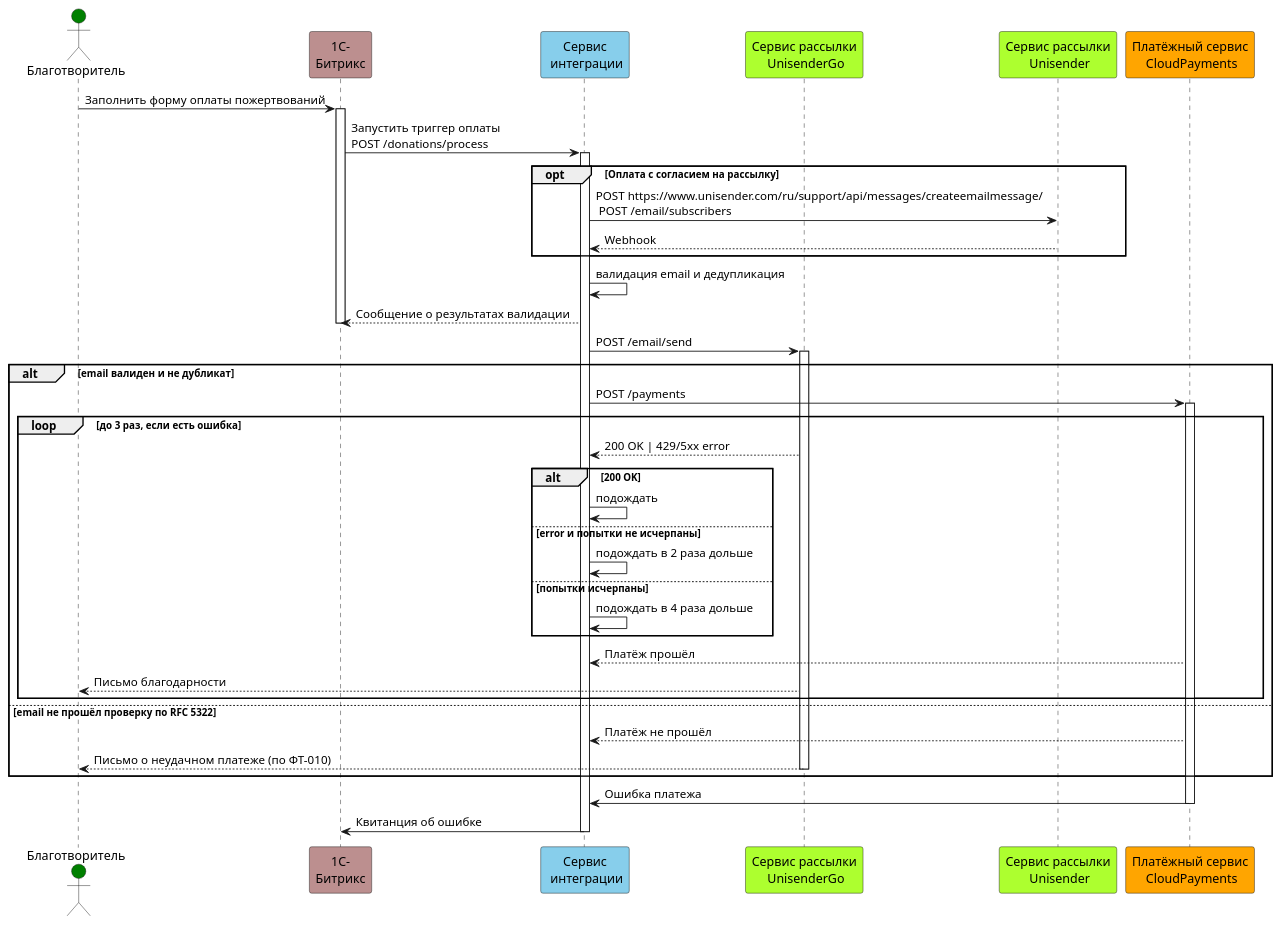
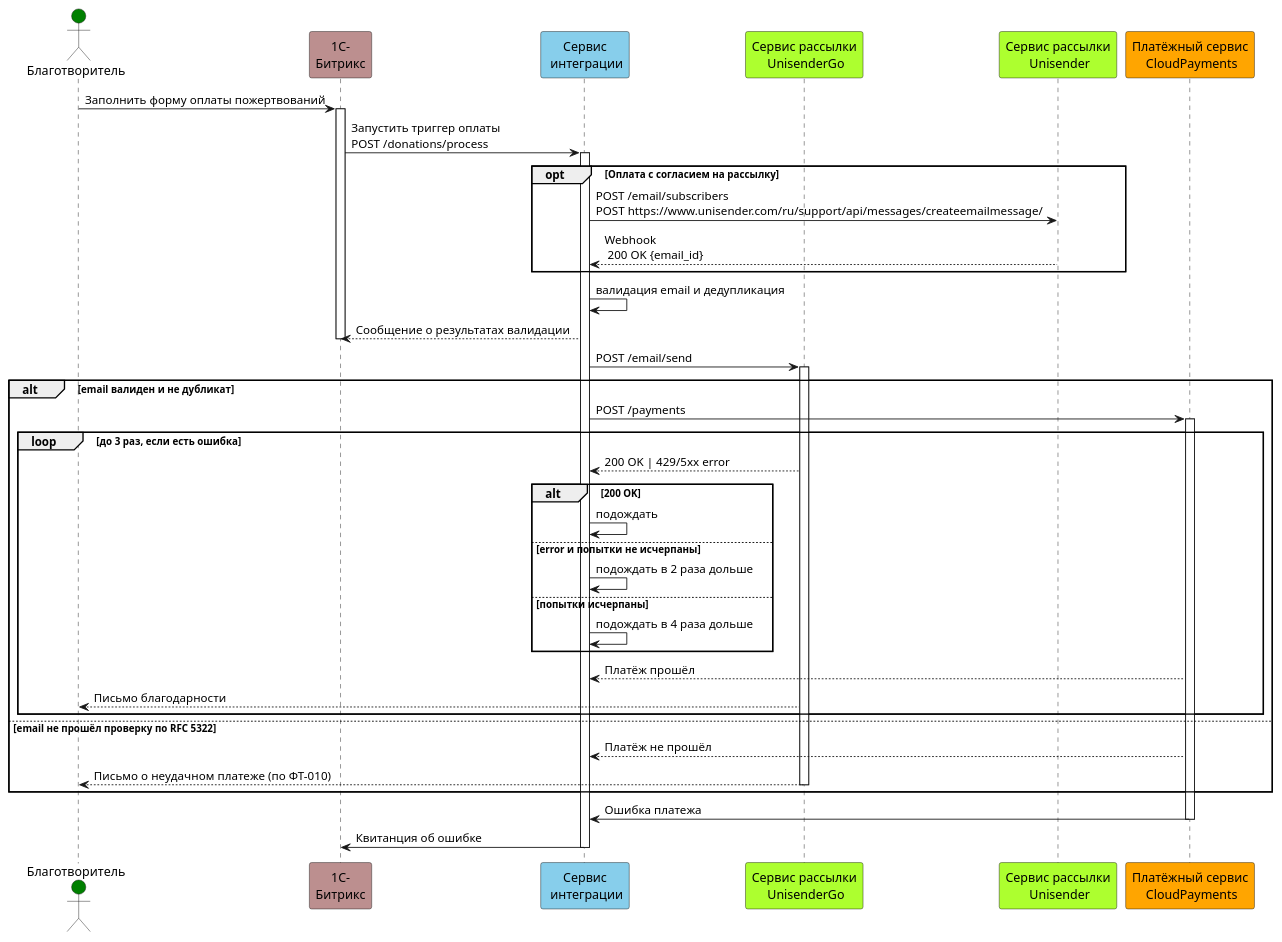
One commit to trofimovelijah/mayak_integration_service changed the diagram in SequenceDiagram/sequenceDiagramDonat.puml. Above: the diagram before and after it, drawn with PlantUML. The commit also changed 6 other files, not shown here.

Commit message:
проставлены API в диаграммах

```diff
--- a/SequenceDiagram/sequenceDiagramDonat.puml
+++ b/SequenceDiagram/sequenceDiagramDonat.puml
@@ -1,52 +1,52 @@
 @startuml Donation
 
 ' Определение участников диаграммы
 actor "Благотворитель" as Donor #Green
 participant "1С-\nБитрикс" as Bitrix #RosyBrown
 participant "Сервис\n интеграции" as IntService #SkyBlue
 participant "Сервис рассылки\n UnisenderGo" as UnisenderGo #GreenYellow
 participant "Сервис рассылки\n Unisender" as Unisender #GreenYellow
 participant "Платёжный сервис\n CloudPayments" as CloudPayments #Orange
 
 ' Описание последовательности сообщений
 Donor -> Bitrix: Заполнить форму оплаты пожертвований
 activate Bitrix
 Bitrix -> IntService: Запустить триггер оплаты\nPOST /donations/process
 activate IntService
     opt Оплата с согласием на рассылку
-        IntService -> Unisender: POST https://www.unisender.com/ru/support/api/messages/createemailmessage/\n POST /email/subscribers
-        Unisender --> IntService: Webhook
+        IntService -> Unisender: POST /email/subscribers\nPOST https://www.unisender.com/ru/support/api/messages/createemailmessage/
+        Unisender --> IntService: Webhook\n 200 OK {email_id}
     end
 IntService -> IntService: валидация email и дедупликация
 IntService --> Bitrix: Сообщение о результатах валидации
 deactivate Bitrix
 IntService -> UnisenderGo: POST /email/send
 activate UnisenderGo
 
 alt email валиден и не дубликат
 IntService -> CloudPayments: POST /payments
 activate CloudPayments
     loop до 3 раз, если есть ошибка
         UnisenderGo --> IntService: 200 OK | 429/5xx error
         alt 200 OK
             IntService -> IntService: подождать
         else error и попытки не исчерпаны
             IntService -> IntService: подождать в 2 раза дольше
         else попытки исчерпаны
             IntService -> IntService: подождать в 4 раза дольше
         end
     CloudPayments --> IntService: Платёж прошёл
     UnisenderGo --> Donor: Письмо благодарности
     end
 else email не прошёл проверку по RFC 5322
     CloudPayments --> IntService: Платёж не прошёл
     UnisenderGo --> Donor: Письмо о неудачном платеже (по ФТ-010)
     deactivate UnisenderGo
 end
 
 CloudPayments -> IntService: Ошибка платежа
 deactivate CloudPayments
 IntService -> Bitrix: Квитанция об ошибке
 deactivate IntService
 
 @enduml
```
